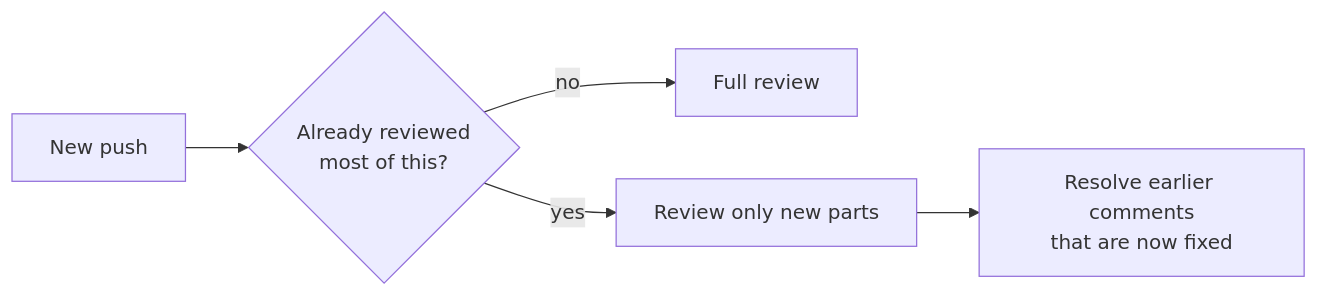
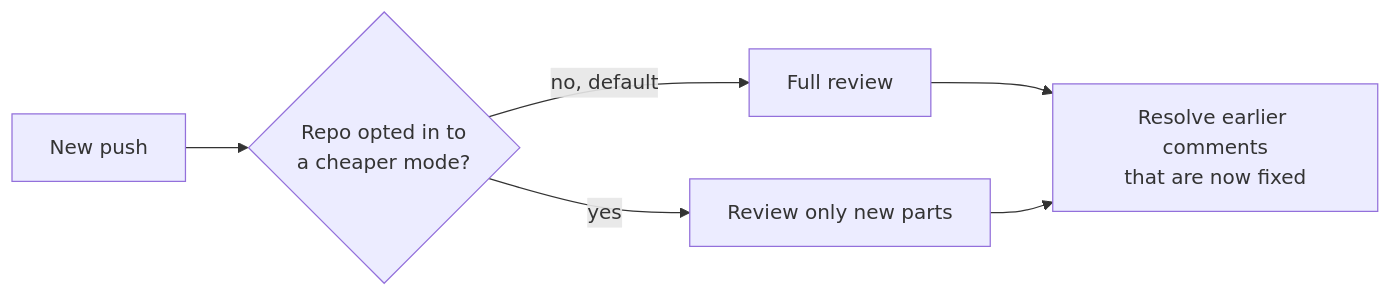
One commit to Khan/actions changed the sixth of 8 diagrams in workflows/review/ARCHITECTURE.md. Above: the diagram before and after it, drawn with Mermaid. The commit also changed other lines of this file, not shown here.

````diff
--- a/workflows/review/ARCHITECTURE.md
+++ b/workflows/review/ARCHITECTURE.md
@@ -79,7 +80,8 @@
 ```mermaid
 flowchart LR
-  Push[New push] --> Seen{Already reviewed<br/>most of this?}
-  Seen -->|no| Full[Full review]
-  Seen -->|yes| Partial[Review only new parts]
-  Partial --> Old[Resolve earlier comments<br/>that are now fixed]
+  Push[New push] --> Mode{Repo opted in to<br/>a cheaper mode?}
+  Mode -->|no, default| Full[Full review]
+  Mode -->|yes| Partial[Review only new parts]
+  Full --> Old[Resolve earlier comments<br/>that are now fixed]
+  Partial --> Old
 ```
````
